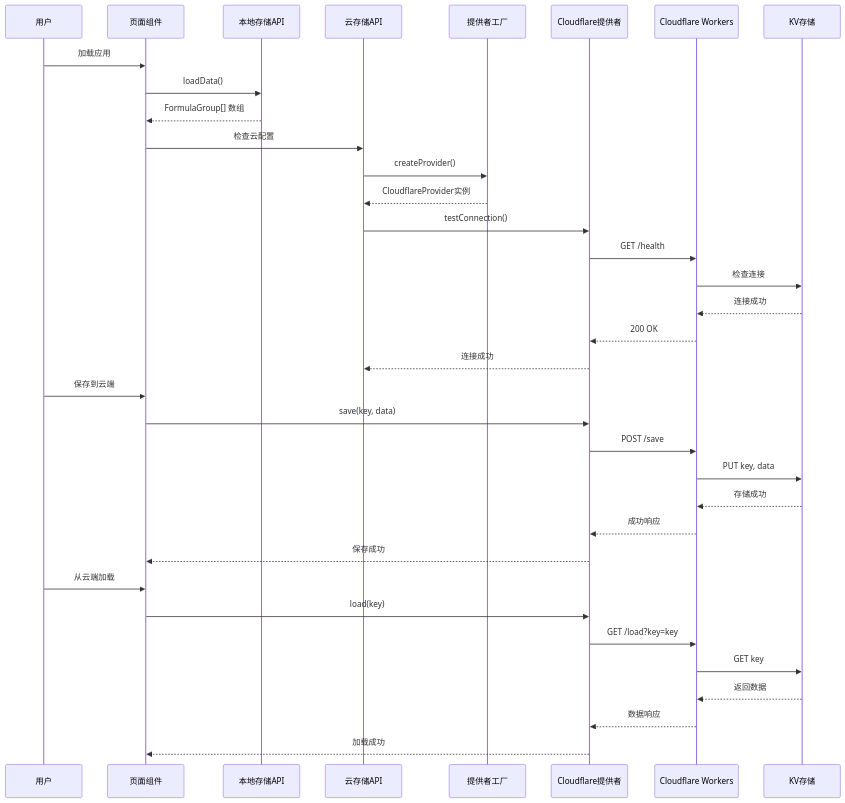
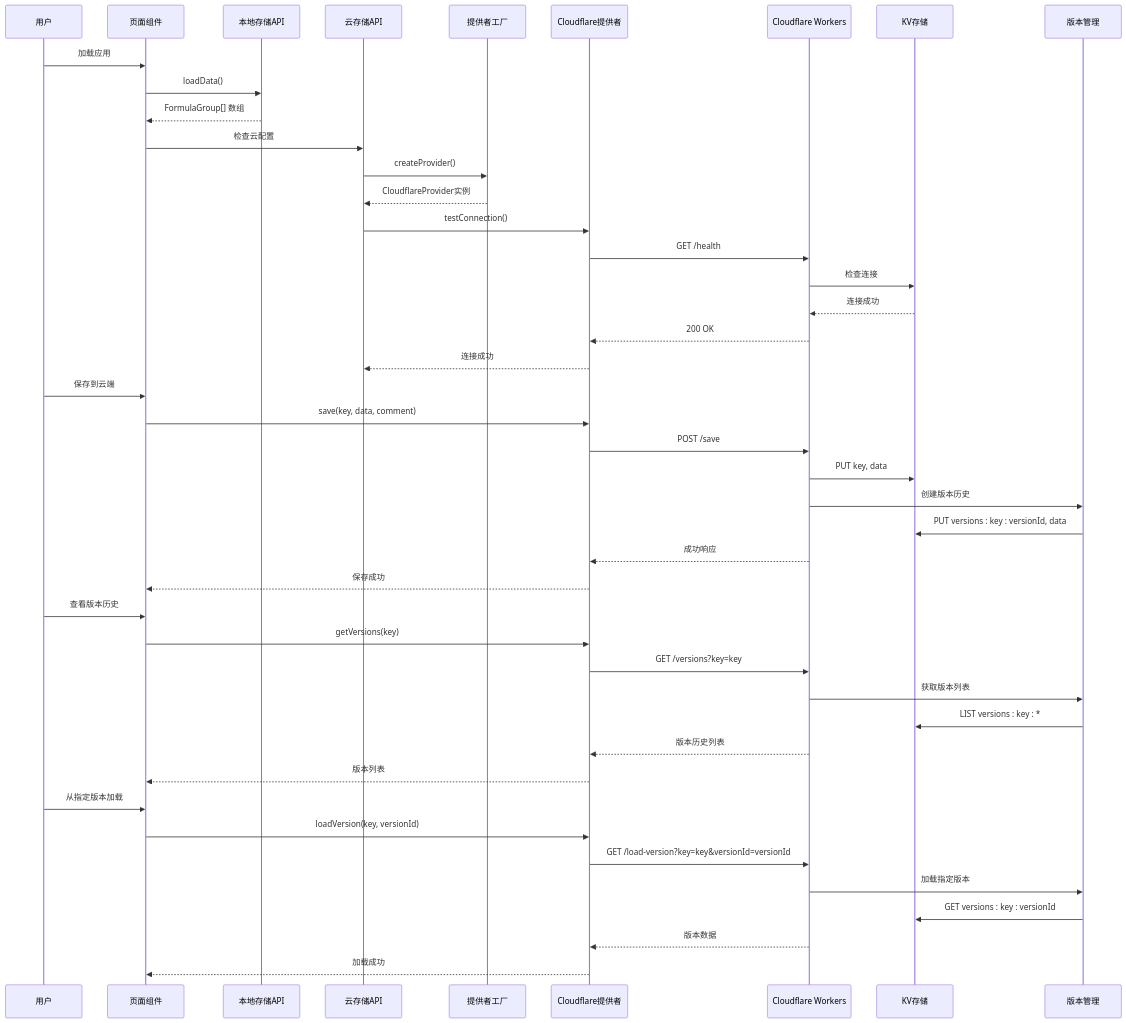
One commit to steveyu2/formula-mapper changed the second of 6 diagrams in .qoder/repowiki/zh/content/API参考/数据存储API.md. Above: the diagram before and after it, drawn with Mermaid. The commit also changed other lines of this file and 7 other files, not shown here.

````diff
--- a/.qoder/repowiki/zh/content/API参考/数据存储API.md
+++ b/.qoder/repowiki/zh/content/API参考/数据存储API.md
@@ -331,37 +334,46 @@
 ```mermaid
 sequenceDiagram
 participant User as 用户
 participant Page as 页面组件
 participant LocalStorage as 本地存储API
 participant CloudAPI as 云存储API
 participant ProviderFactory as 提供者工厂
 participant CloudflareProvider as Cloudflare提供者
 participant Workers as Cloudflare Workers
 participant KV as KV存储
+participant VersionManagement as 版本管理
 User->>Page : 加载应用
 Page->>LocalStorage : loadData()
 LocalStorage-->>Page : FormulaGroup[] 数组
 Page->>CloudAPI : 检查云配置
 CloudAPI->>ProviderFactory : createProvider()
 ProviderFactory-->>CloudAPI : CloudflareProvider实例
 CloudAPI->>CloudflareProvider : testConnection()
 CloudflareProvider->>Workers : GET /health
 Workers->>KV : 检查连接
 KV-->>Workers : 连接成功
 Workers-->>CloudflareProvider : 200 OK
 CloudflareProvider-->>CloudAPI : 连接成功
 User->>Page : 保存到云端
-Page->>CloudflareProvider : save(key, data)
+Page->>CloudflareProvider : save(key, data, comment)
 CloudflareProvider->>Workers : POST /save
 Workers->>KV : PUT key, data
-KV-->>Workers : 存储成功
+Workers->>VersionManagement : 创建版本历史
+VersionManagement->>KV : PUT versions : key : versionId, data
 Workers-->>CloudflareProvider : 成功响应
 CloudflareProvider-->>Page : 保存成功
-User->>Page : 从云端加载
-Page->>CloudflareProvider : load(key)
-CloudflareProvider->>Workers : GET /load?key=key
-Workers->>KV : GET key
-KV-->>Workers : 返回数据
-Workers-->>CloudflareProvider : 数据响应
+User->>Page : 查看版本历史
+Page->>CloudflareProvider : getVersions(key)
+CloudflareProvider->>Workers : GET /versions?key=key
+Workers->>VersionManagement : 获取版本列表
+VersionManagement->>KV : LIST versions : key : *
+Workers-->>CloudflareProvider : 版本历史列表
+CloudflareProvider-->>Page : 版本列表
+User->>Page : 从指定版本加载
+Page->>CloudflareProvider : loadVersion(key, versionId)
+CloudflareProvider->>Workers : GET /load-version?key=key&versionId=versionId
+Workers->>VersionManagement : 加载指定版本
+VersionManagement->>KV : GET versions : key : versionId
+Workers-->>CloudflareProvider : 版本数据
 CloudflareProvider-->>Page : 加载成功
 ```
````
